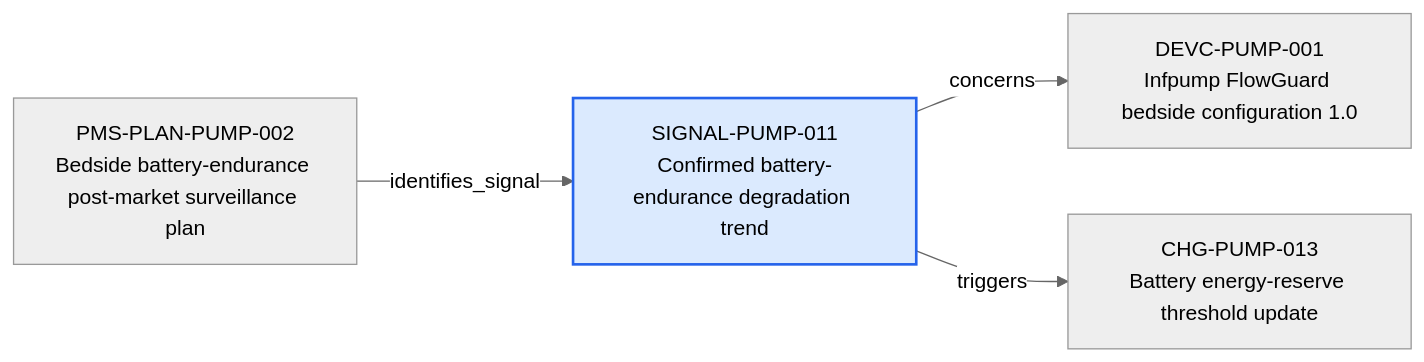
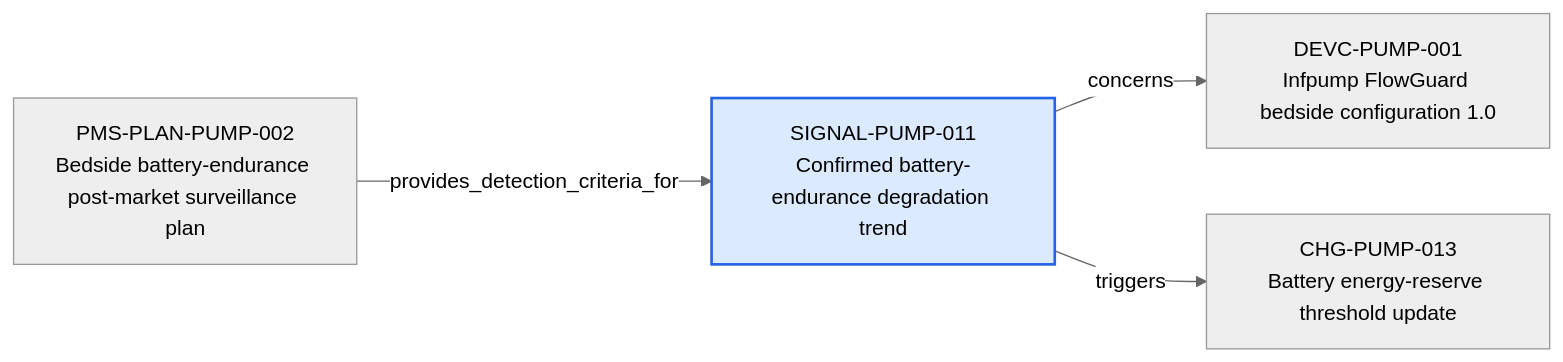
The diagram in content/06-Infpump FlowGuard ontology notes/signal/SIGNAL-PUMP-011-confirmed-battery-endurance-degradation-trend.md (mvattulainen/mdrontology), drawn with Mermaid (neutral theme) before and after one commit. The commit also changed other lines of this file and 220 other files, not shown here.

````diff
--- a/content/06-Infpump FlowGuard ontology notes/signal/SIGNAL-PUMP-011-confirmed-battery-endurance-degradation-trend.md
+++ b/content/06-Infpump FlowGuard ontology notes/signal/SIGNAL-PUMP-011-confirmed-battery-endurance-degradation-trend.md
@@ -79,12 +79,12 @@
 ```mermaid
 flowchart LR
   CURRENT["SIGNAL-PUMP-011<br/>Confirmed battery-endurance degradation trend"]
   PREV0["PMS-PLAN-PUMP-002<br/>Bedside battery-endurance post-market surveillance plan"]
-  PREV0 -->|"identifies_signal"| CURRENT
+  PREV0 -->|"provides_detection_criteria_for"| CURRENT
   NEXT0["DEVC-PUMP-001<br/>Infpump FlowGuard bedside configuration 1.0"]
   CURRENT -->|"concerns"| NEXT0
   NEXT1["CHG-PUMP-013<br/>Battery energy-reserve threshold update"]
   CURRENT -->|"triggers"| NEXT1
   classDef current fill:#dbeafe,stroke:#2563eb,stroke-width:2px
   class CURRENT current
 ```
````
